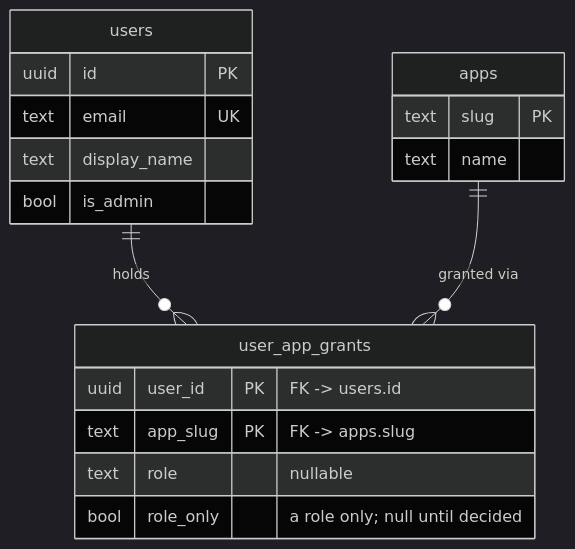
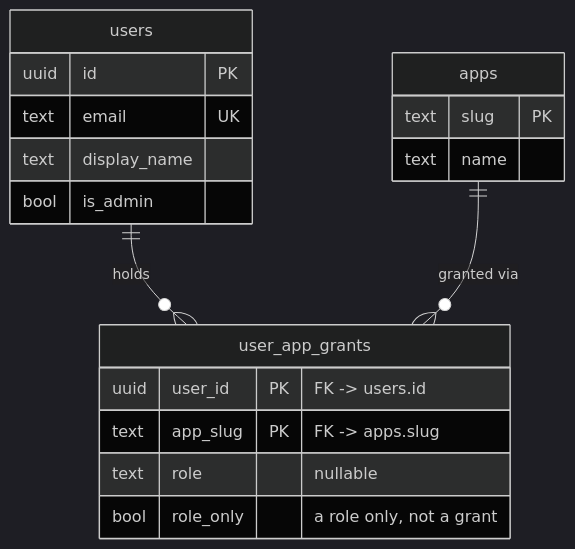
The second of 5 diagrams in docs/security-architecture.md (mixoshq/mixos), drawn with Mermaid (dark theme) before and after one commit. The commit also changed other lines of this file and 52 other files, not shown here.

````diff
--- a/docs/security-architecture.md
+++ b/docs/security-architecture.md
@@ -246,22 +246,22 @@
 ```mermaid
 erDiagram
     users ||--o{ user_app_grants : holds
     apps  ||--o{ user_app_grants : "granted via"
 
     users {
         uuid id PK
         text email UK
         text display_name
         bool is_admin
     }
     apps {
         text slug PK
         text name
     }
     user_app_grants {
         uuid user_id PK "FK -> users.id"
         text app_slug PK "FK -> apps.slug"
         text role "nullable"
-        bool role_only "a role only; null until decided"
+        bool role_only "a role only, not a grant"
     }
 ```
````
